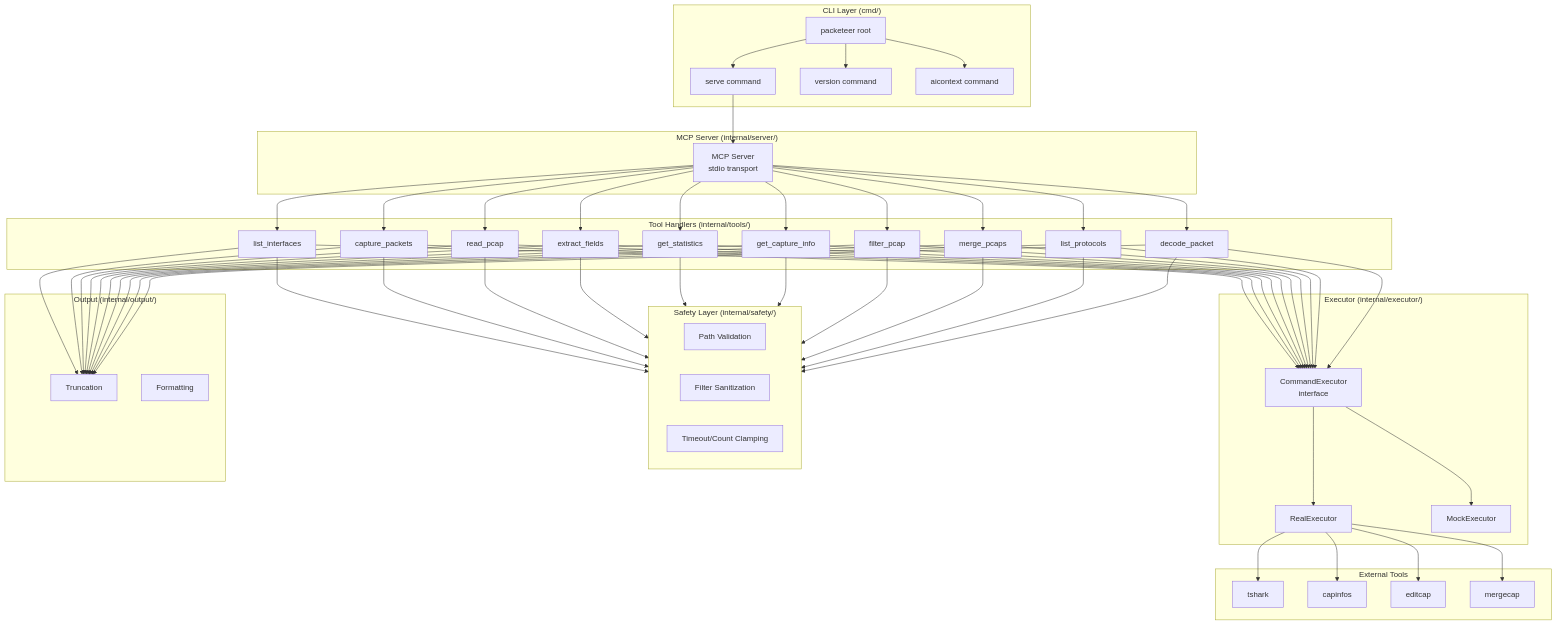
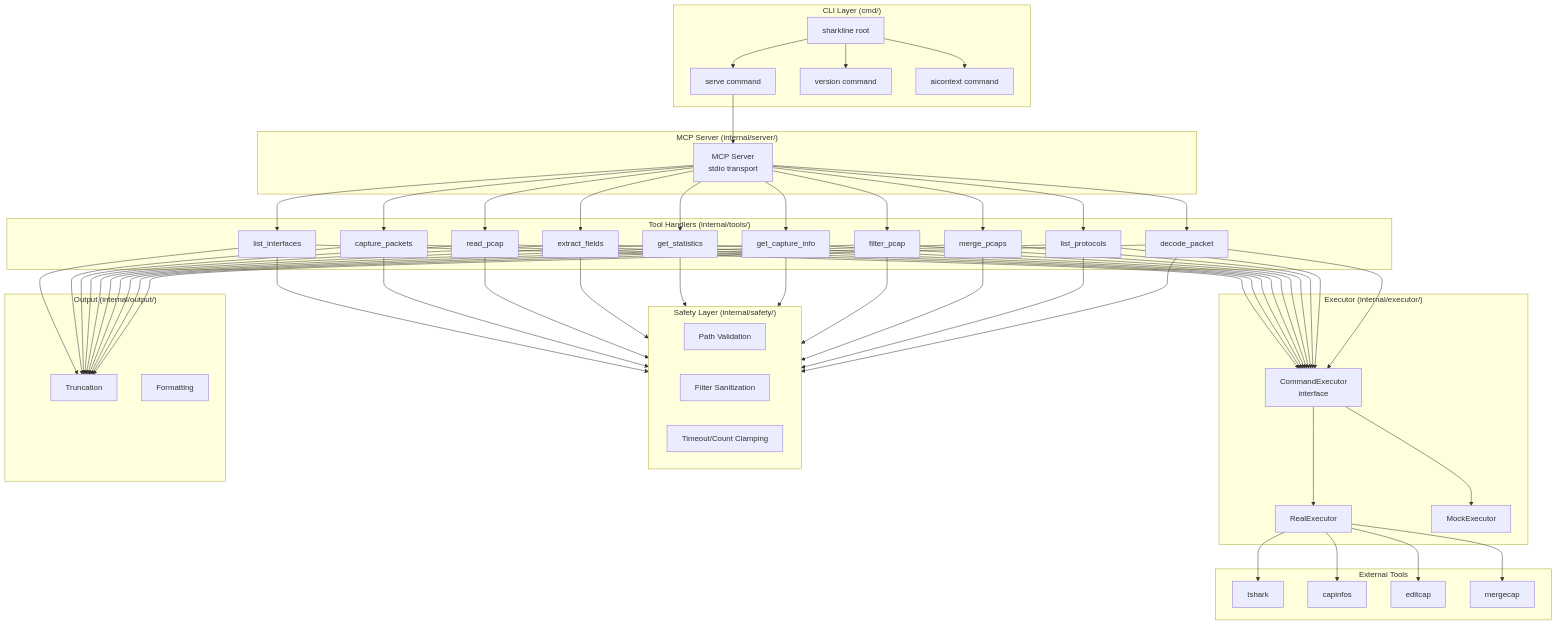
The first of 3 diagrams in docs/ARCHITECTURE.md (inovacc/packeteer), drawn with Mermaid before and after one commit. The commit also changed 42 other files, not shown here.

First line of the commit message:
feat: rename project from packeteer to sharkline

````diff
--- a/docs/ARCHITECTURE.md
+++ b/docs/ARCHITECTURE.md
@@ -5,69 +5,69 @@
 ```mermaid
 flowchart TB
     subgraph CLI["CLI Layer (cmd/)"]
-        ROOT[packeteer root]
+        ROOT[sharkline root]
         SERVE[serve command]
         VERSION[version command]
         AICTX[aicontext command]
     end
 
     subgraph MCP["MCP Server (internal/server/)"]
         SERVER[MCP Server<br/>stdio transport]
     end
 
     subgraph TOOLS["Tool Handlers (internal/tools/)"]
         T1[list_interfaces]
         T2[capture_packets]
         T3[read_pcap]
         T4[extract_fields]
         T5[get_statistics]
         T6[get_capture_info]
         T7[filter_pcap]
         T8[merge_pcaps]
         T9[list_protocols]
         T10[decode_packet]
     end
 
     subgraph SAFETY["Safety Layer (internal/safety/)"]
         VAL[Path Validation]
         SAN[Filter Sanitization]
         CLAMP[Timeout/Count Clamping]
     end
 
     subgraph EXEC["Executor (internal/executor/)"]
         IFACE[CommandExecutor<br/>interface]
         REAL[RealExecutor]
         MOCK[MockExecutor]
     end
 
     subgraph OUTPUT["Output (internal/output/)"]
         TRUNC[Truncation]
         FMT[Formatting]
     end
 
     subgraph EXT["External Tools"]
         TSHARK[tshark]
         CAPINFOS[capinfos]
         EDITCAP[editcap]
         MERGECAP[mergecap]
     end
 
     ROOT --> SERVE
     ROOT --> VERSION
     ROOT --> AICTX
     SERVE --> SERVER
 
     SERVER --> T1 & T2 & T3 & T4 & T5
     SERVER --> T6 & T7 & T8 & T9 & T10
 
     T1 & T2 & T3 & T4 & T5 --> SAFETY
     T6 & T7 & T8 & T9 & T10 --> SAFETY
     T1 & T2 & T3 & T4 & T5 --> IFACE
     T6 & T7 & T8 & T9 & T10 --> IFACE
     T1 & T2 & T3 & T4 & T5 --> TRUNC
     T6 & T7 & T8 & T9 & T10 --> TRUNC
 
     IFACE --> REAL
     IFACE --> MOCK
     REAL --> TSHARK & CAPINFOS & EDITCAP & MERGECAP
 ```
````
